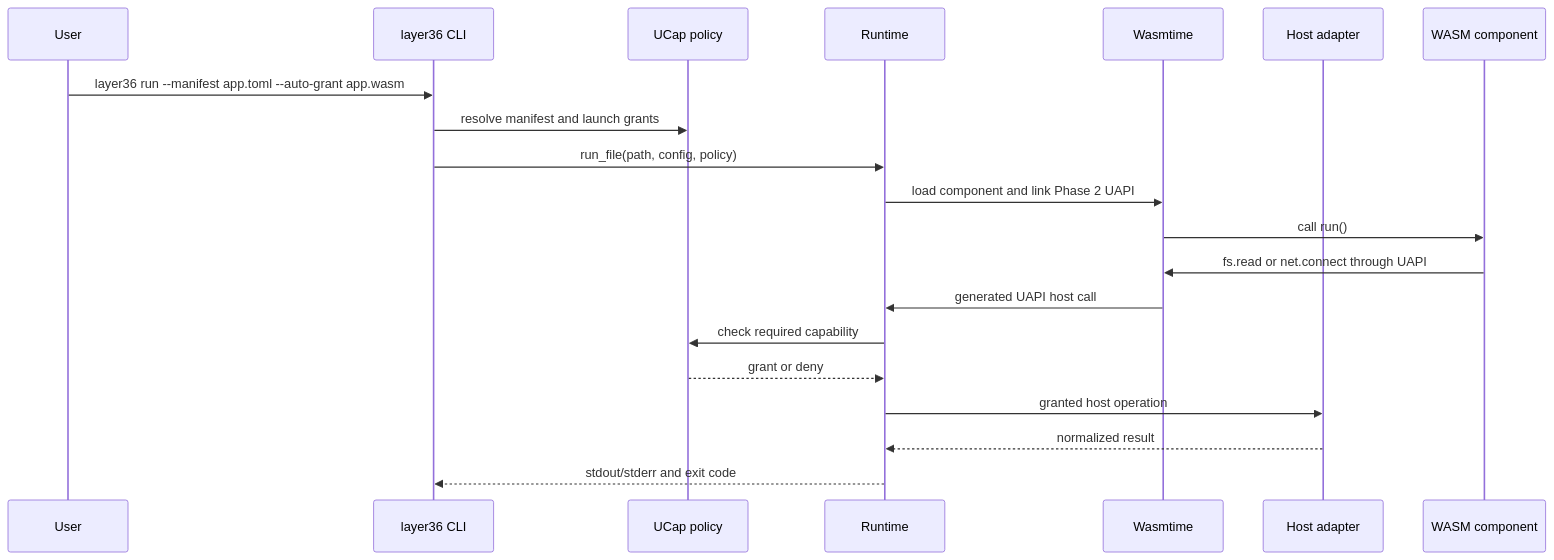
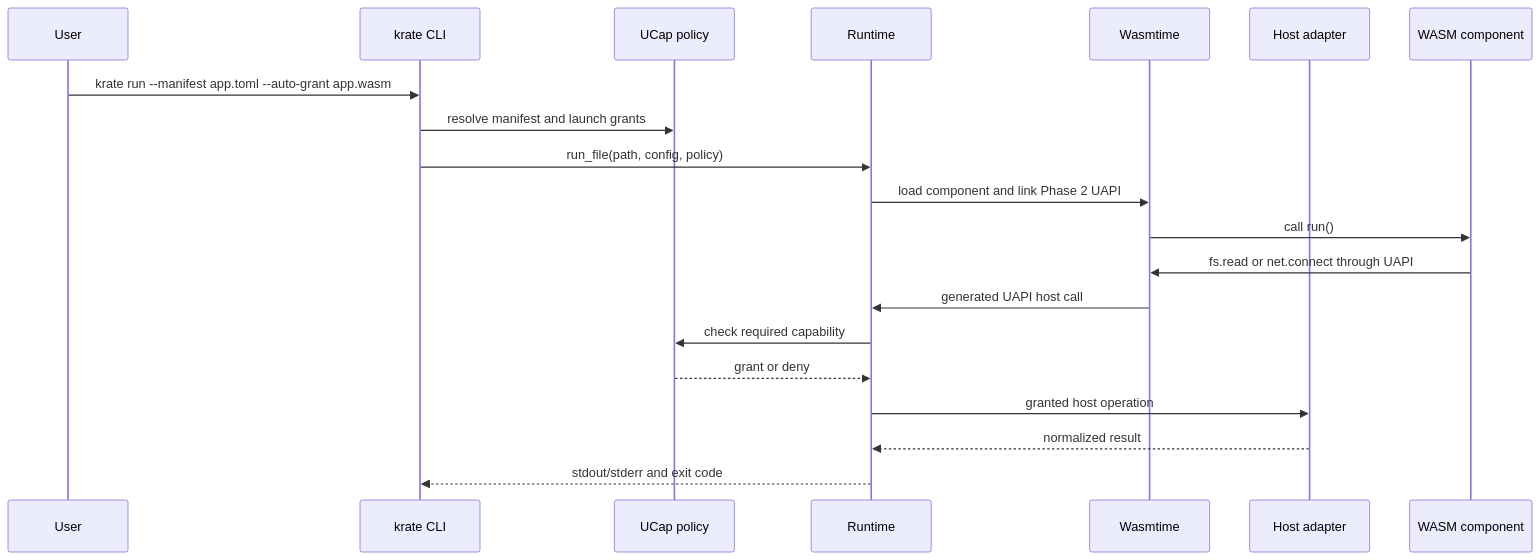
One commit to incyashraj/krate changed the second of 3 diagrams in docs/book/src/architecture.md. Above: the diagram before and after it, drawn with Mermaid. The commit also changed other lines of this file and 342 other files, not shown here.

First line of the commit message:
feat!: rename Layer36 to Krate across the entire system (A9 Phase B)

````diff
--- a/docs/book/src/architecture.md
+++ b/docs/book/src/architecture.md
@@ -49,23 +49,23 @@
 ```mermaid
 sequenceDiagram
     participant User
-    participant CLI as layer36 CLI
+    participant CLI as krate CLI
     participant Policy as UCap policy
     participant Runtime
     participant Wasmtime
     participant Adapter as Host adapter
     participant App as WASM component
 
-    User->>CLI: layer36 run --manifest app.toml --auto-grant app.wasm
+    User->>CLI: krate run --manifest app.toml --auto-grant app.wasm
     CLI->>Policy: resolve manifest and launch grants
     CLI->>Runtime: run_file(path, config, policy)
     Runtime->>Wasmtime: load component and link Phase 2 UAPI
     Wasmtime->>App: call run()
     App->>Wasmtime: fs.read or net.connect through UAPI
     Wasmtime->>Runtime: generated UAPI host call
     Runtime->>Policy: check required capability
     Policy-->>Runtime: grant or deny
     Runtime->>Adapter: granted host operation
     Adapter-->>Runtime: normalized result
     Runtime-->>CLI: stdout/stderr and exit code
 ```
````
